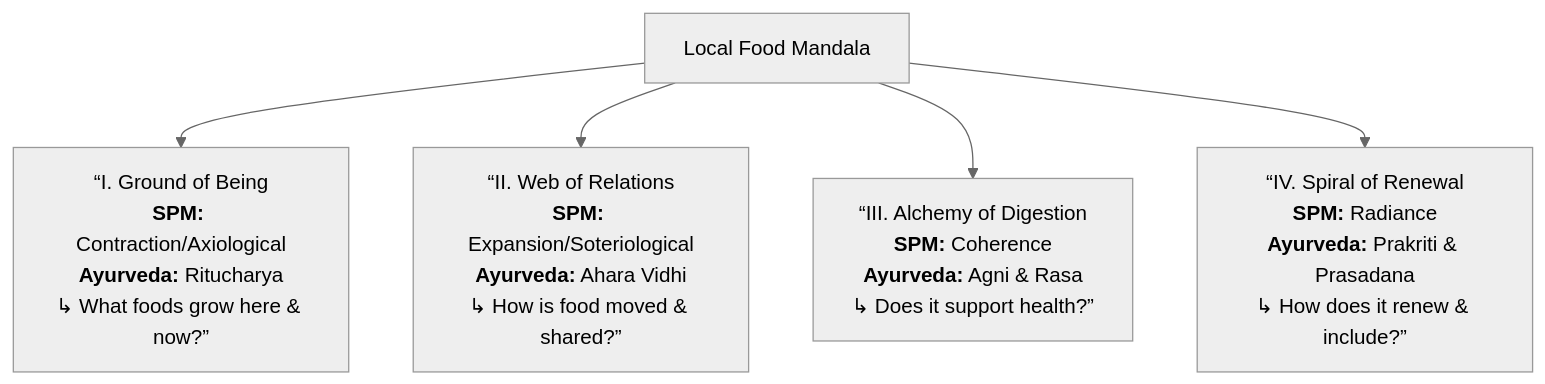
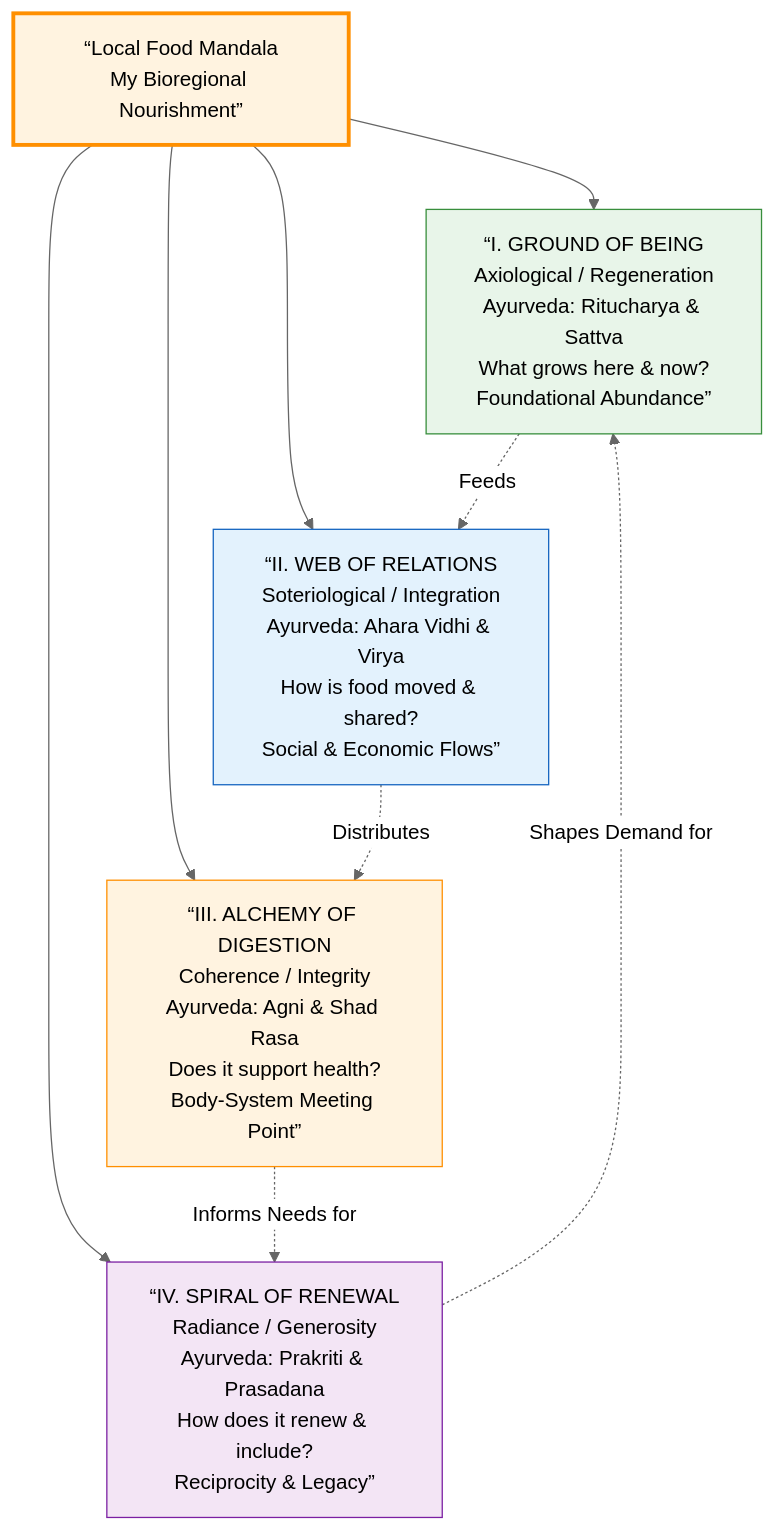
The first of 3 diagrams in guides/protocols/06-local-food-audit.md (ravaioli/solarpunk-mandala), drawn with Mermaid (neutral theme) before and after one commit. The commit also changed other lines of this file, not shown here.

````diff
--- a/guides/protocols/06-local-food-audit.md
+++ b/guides/protocols/06-local-food-audit.md
@@ -28,7 +112,23 @@
 ```mermaid
 flowchart TD
-    A[Local Food Mandala] --> B[“I. Ground of Being<br><b>SPM:</b> Contraction/Axiological<br><b>Ayurveda:</b> Ritucharya<br>↳ What foods grow here & now?”]
-    A --> C[“II. Web of Relations<br><b>SPM:</b> Expansion/Soteriological<br><b>Ayurveda:</b> Ahara Vidhi<br>↳ How is food moved & shared?”]
-    A --> D[“III. Alchemy of Digestion<br><b>SPM:</b> Coherence<br><b>Ayurveda:</b> Agni & Rasa<br>↳ Does it support health?”]
-    A --> E[“IV. Spiral of Renewal<br><b>SPM:</b> Radiance<br><b>Ayurveda:</b> Prakriti & Prasadana<br>↳ How does it renew & include?”]
+    A[“Local Food Mandala<br/>My Bioregional Nourishment”]
+
+    A --> Q1[“I. GROUND OF BEING<br/>Axiological / Regeneration<br/>Ayurveda: Ritucharya & Sattva<br/>What grows here & now?<br/>Foundational Abundance”]
+
+    A --> Q2[“II. WEB OF RELATIONS<br/>Soteriological / Integration<br/>Ayurveda: Ahara Vidhi & Virya<br/>How is food moved & shared?<br/>Social & Economic Flows”]
+
+    A --> Q3[“III. ALCHEMY OF DIGESTION<br/>Coherence / Integrity<br/>Ayurveda: Agni & Shad Rasa<br/>Does it support health?<br/>Body-System Meeting Point”]
+
+    A --> Q4[“IV. SPIRAL OF RENEWAL<br/>Radiance / Generosity<br/>Ayurveda: Prakriti & Prasadana<br/>How does it renew & include?<br/>Reciprocity & Legacy”]
+
+    Q1 -.->|Feeds| Q2
+    Q2 -.->|Distributes| Q3
+    Q3 -.->|Informs Needs for| Q4
+    Q4 -.->|Shapes Demand for| Q1
+
+    style A fill:#fff3e0,stroke:#ff8f00,stroke-width:3px
+    style Q1 fill:#e8f5e9,stroke:#388e3c
+    style Q2 fill:#e3f2fd,stroke:#1565c0
+    style Q3 fill:#fff3e0,stroke:#ff8f00
+    style Q4 fill:#f3e5f5,stroke:#7b1fa2
 ```
````
